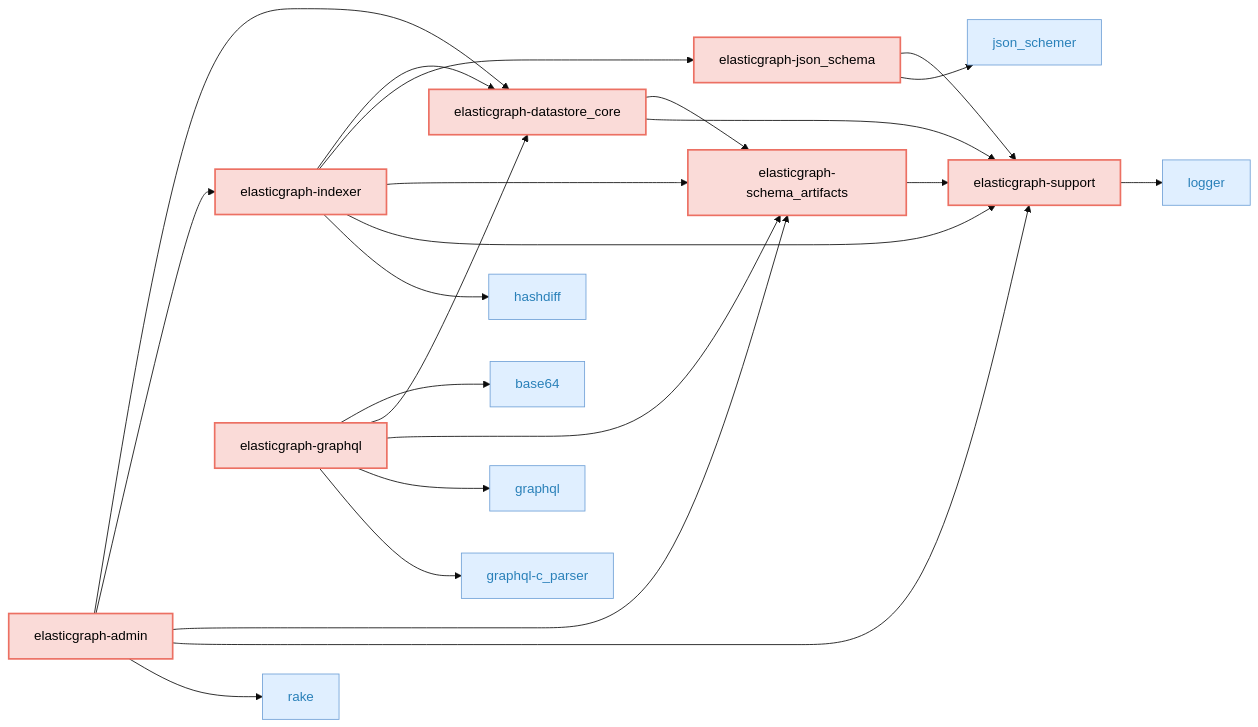
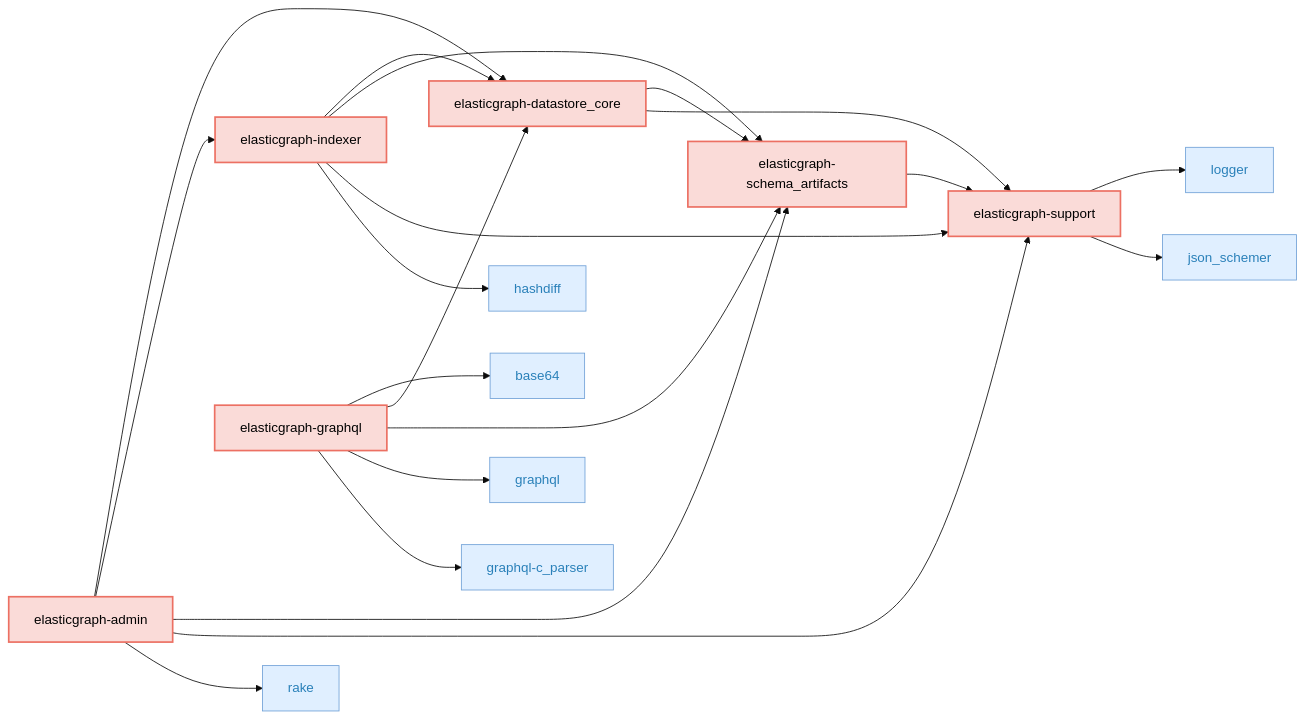
The first of 5 diagrams in CODEBASE_OVERVIEW.md (ciaran51/elasticgraph), drawn with Mermaid (base theme) before and after one commit. The commit also changed other lines of this file and 43 other files, not shown here.

First line of the commit message:
Merge `elasticgraph-json_schema` into `elasticgraph-support`.

````diff
--- a/CODEBASE_OVERVIEW.md
+++ b/CODEBASE_OVERVIEW.md
@@ -21,62 +20,58 @@
 ```mermaid
 graph LR;
     classDef targetGemStyle fill:#FADBD8,stroke:#EC7063,color:#000,stroke-width:2px;
     classDef otherEgGemStyle fill:#A9DFBF,stroke:#2ECC71,color:#000;
     classDef externalGemCatStyle fill:#E0EFFF,stroke:#70A1D7,color:#2980B9;
     elasticgraph-admin["elasticgraph-admin"];
     elasticgraph-datastore_core["elasticgraph-datastore_core"];
     elasticgraph-indexer["elasticgraph-indexer"];
     elasticgraph-schema_artifacts["elasticgraph-schema_artifacts"];
     elasticgraph-support["elasticgraph-support"];
     rake["rake"];
     elasticgraph-graphql["elasticgraph-graphql"];
     base64["base64"];
     graphql["graphql"];
     graphql-c_parser["graphql-c_parser"];
-    elasticgraph-json_schema["elasticgraph-json_schema"];
     hashdiff["hashdiff"];
+    logger["logger"];
     json_schemer["json_schemer"];
-    logger["logger"];
     elasticgraph-admin --> elasticgraph-datastore_core;
     elasticgraph-admin --> elasticgraph-indexer;
     elasticgraph-admin --> elasticgraph-schema_artifacts;
     elasticgraph-admin --> elasticgraph-support;
     elasticgraph-admin --> rake;
     elasticgraph-datastore_core --> elasticgraph-schema_artifacts;
     elasticgraph-datastore_core --> elasticgraph-support;
     elasticgraph-graphql --> base64;
     elasticgraph-graphql --> elasticgraph-datastore_core;
     elasticgraph-graphql --> elasticgraph-schema_artifacts;
     elasticgraph-graphql --> graphql;
     elasticgraph-graphql --> graphql-c_parser;
     elasticgraph-indexer --> elasticgraph-datastore_core;
-    elasticgraph-indexer --> elasticgraph-json_schema;
     elasticgraph-indexer --> elasticgraph-schema_artifacts;
     elasticgraph-indexer --> elasticgraph-support;
     elasticgraph-indexer --> hashdiff;
-    elasticgraph-json_schema --> elasticgraph-support;
-    elasticgraph-json_schema --> json_schemer;
     elasticgraph-schema_artifacts --> elasticgraph-support;
     elasticgraph-support --> logger;
+    elasticgraph-support --> json_schemer;
     class elasticgraph-admin targetGemStyle;
     class elasticgraph-datastore_core targetGemStyle;
     class elasticgraph-indexer targetGemStyle;
     class elasticgraph-schema_artifacts targetGemStyle;
     class elasticgraph-support targetGemStyle;
     class rake externalGemCatStyle;
     class elasticgraph-graphql targetGemStyle;
     class base64 externalGemCatStyle;
     class graphql externalGemCatStyle;
     class graphql-c_parser externalGemCatStyle;
-    class elasticgraph-json_schema targetGemStyle;
     class hashdiff externalGemCatStyle;
+    class logger externalGemCatStyle;
     class json_schemer externalGemCatStyle;
-    class logger externalGemCatStyle;
     click rake href "https://rubygems.org/gems/rake" "Open on RubyGems.org" _blank;
     click base64 href "https://rubygems.org/gems/base64" "Open on RubyGems.org" _blank;
     click graphql href "https://rubygems.org/gems/graphql" "Open on RubyGems.org" _blank;
     click graphql-c_parser href "https://rubygems.org/gems/graphql-c_parser" "Open on RubyGems.org" _blank;
     click hashdiff href "https://rubygems.org/gems/hashdiff" "Open on RubyGems.org" _blank;
+    click logger href "https://rubygems.org/gems/logger" "Open on RubyGems.org" _blank;
     click json_schemer href "https://rubygems.org/gems/json_schemer" "Open on RubyGems.org" _blank;
-    click logger href "https://rubygems.org/gems/logger" "Open on RubyGems.org" _blank;
 ```
````
